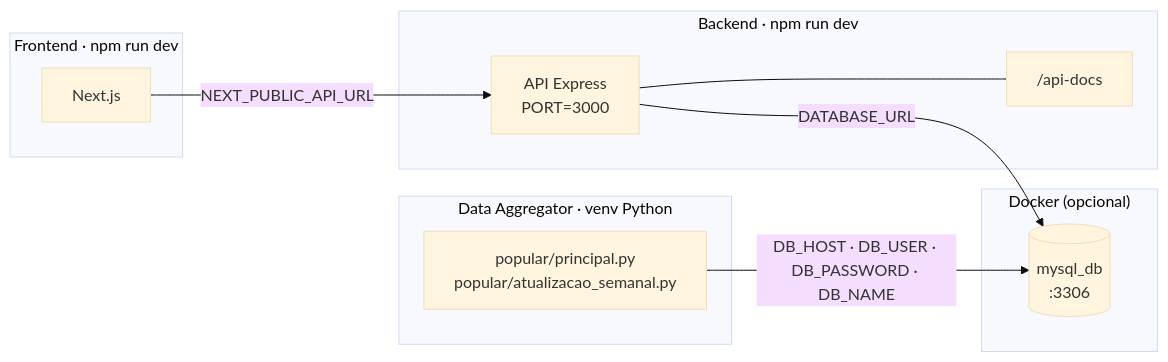
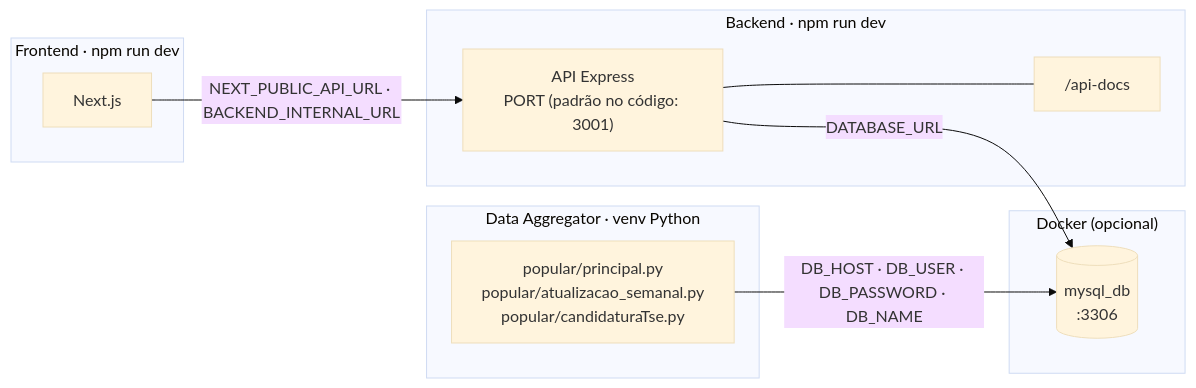
One commit to Projeto-Voto-Vivo/Documentacao changed diagram 15 of 19 in diagramas.md. Above: the diagram before and after it, drawn with Mermaid (base theme). The commit also changed other lines of this file, not shown here.

Commit message:
update diagrams

````diff
--- a/diagramas.md
+++ b/diagramas.md
@@ -339,24 +489,24 @@
 ```mermaid
 flowchart LR
     subgraph Docker["Docker (opcional)"]
         MY[("mysql_db<br/>:3306")]
     end
 
     subgraph BE["Backend · npm run dev"]
-        API["API Express<br/>PORT=3000"]
+        API["API Express<br/>PORT (padrão no código: 3001)"]
         SW["/api-docs"]
     end
 
     subgraph FE["Frontend · npm run dev"]
         WEB["Next.js"]
     end
 
     subgraph DA["Data Aggregator · venv Python"]
-        PY["popular/principal.py<br/>popular/atualizacao_semanal.py"]
+        PY["popular/principal.py<br/>popular/atualizacao_semanal.py<br/>popular/candidaturaTse.py"]
     end
 
     API -->|"DATABASE_URL"| MY
     PY -->|"DB_HOST · DB_USER · DB_PASSWORD · DB_NAME"| MY
-    WEB -->|"NEXT_PUBLIC_API_URL"| API
+    WEB -->|"NEXT_PUBLIC_API_URL · BACKEND_INTERNAL_URL"| API
     API --- SW
 ```
````
